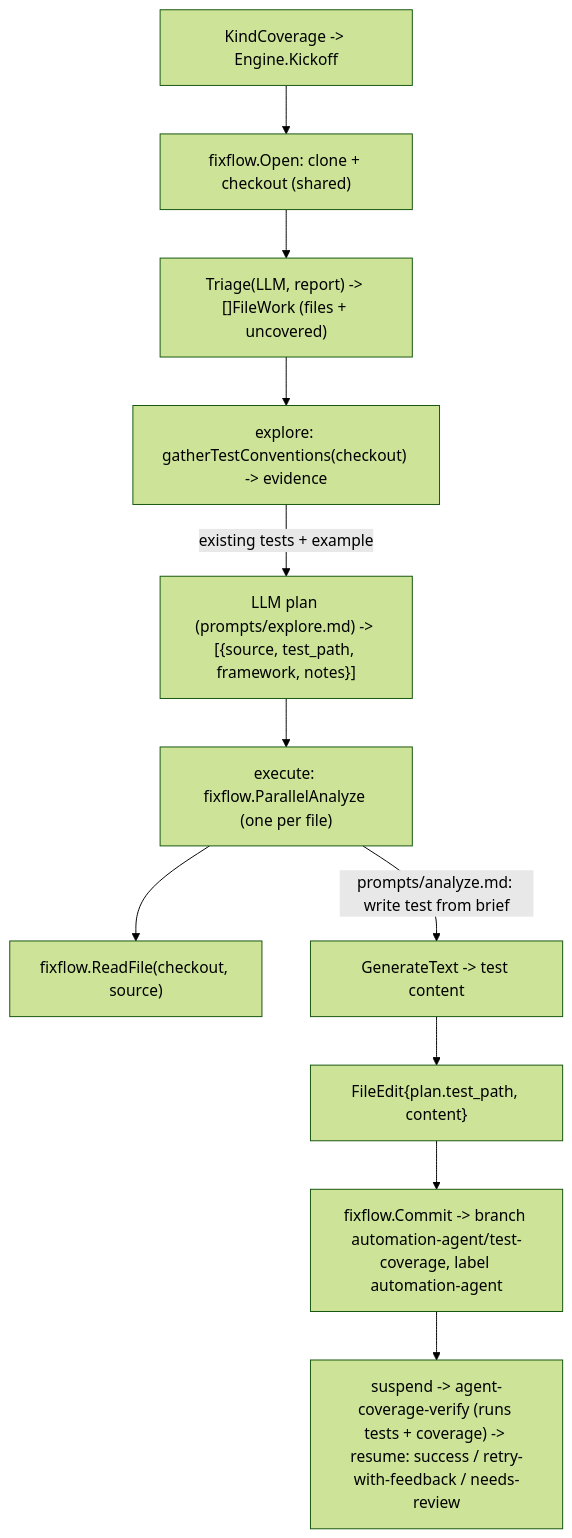
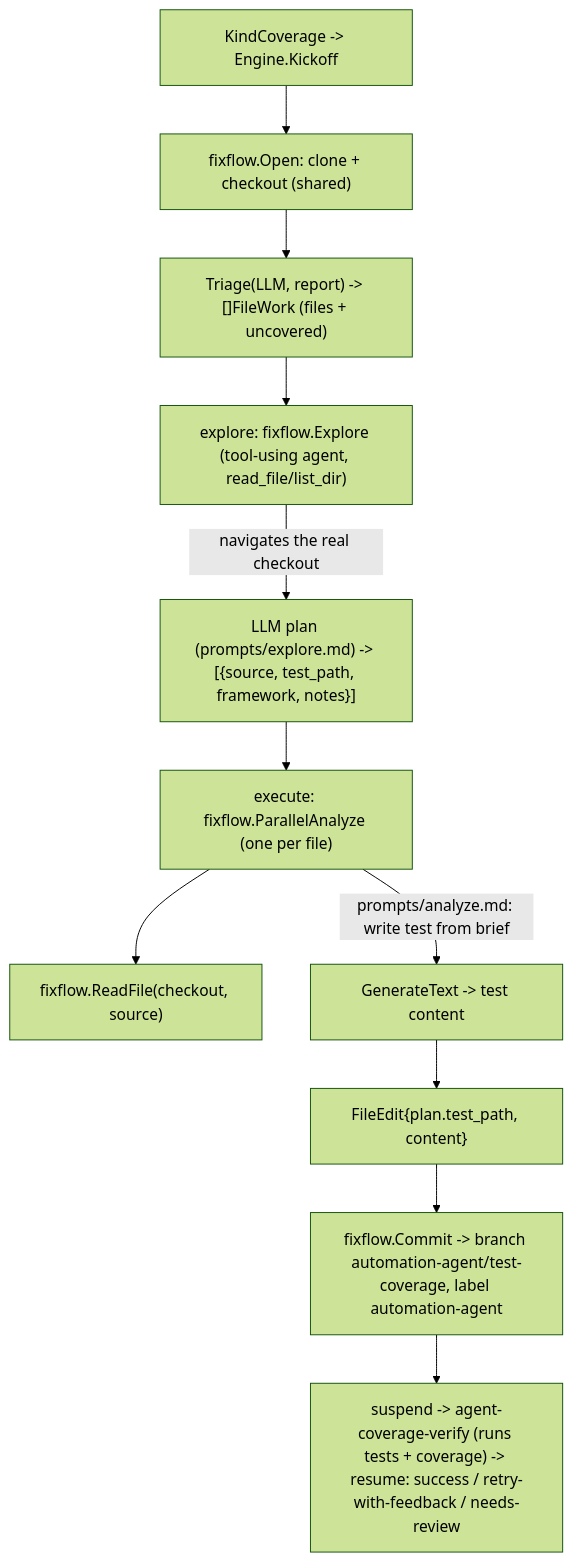
Before and after one commit to jkjamies/automation-agent: the diagram in go/internal/agent/covfixer/AGENTS.md, drawn with Mermaid (forest theme). The commit also changed other lines of this file and 54 other files, not shown here.

````diff
--- a/go/internal/agent/covfixer/AGENTS.md
+++ b/go/internal/agent/covfixer/AGENTS.md
@@ -18,13 +17,13 @@
 ```mermaid
 flowchart TD
     K["KindCoverage -> Engine.Kickoff"] --> Open["fixflow.Open: clone + checkout (shared)"]
     Open --> T["Triage(LLM, report) -> []FileWork (files + uncovered)"]
-    T --> EX["explore: gatherTestConventions(checkout) -> evidence"]
-    EX -->|"existing tests + example"| Plan["LLM plan (prompts/explore.md) -> [{source, test_path, framework, notes}]"]
+    T --> EX["explore: fixflow.Explore (tool-using agent, read_file/list_dir)"]
+    EX -->|"navigates the real checkout"| Plan["LLM plan (prompts/explore.md) -> [{source, test_path, framework, notes}]"]
     Plan --> Exec["execute: fixflow.ParallelAnalyze (one per file)"]
     Exec --> Read["fixflow.ReadFile(checkout, source)"]
     Exec -->|"prompts/analyze.md: write test from brief"| Gen["GenerateText -> test content"]
     Gen --> FE["FileEdit{plan.test_path, content}"]
     FE --> Commit["fixflow.Commit -> branch automation-agent/test-coverage, label automation-agent"]
     Commit --> Loop["suspend -> agent-coverage-verify (runs tests + coverage) -> resume: success / retry-with-feedback / needs-review"]
 ```
````
